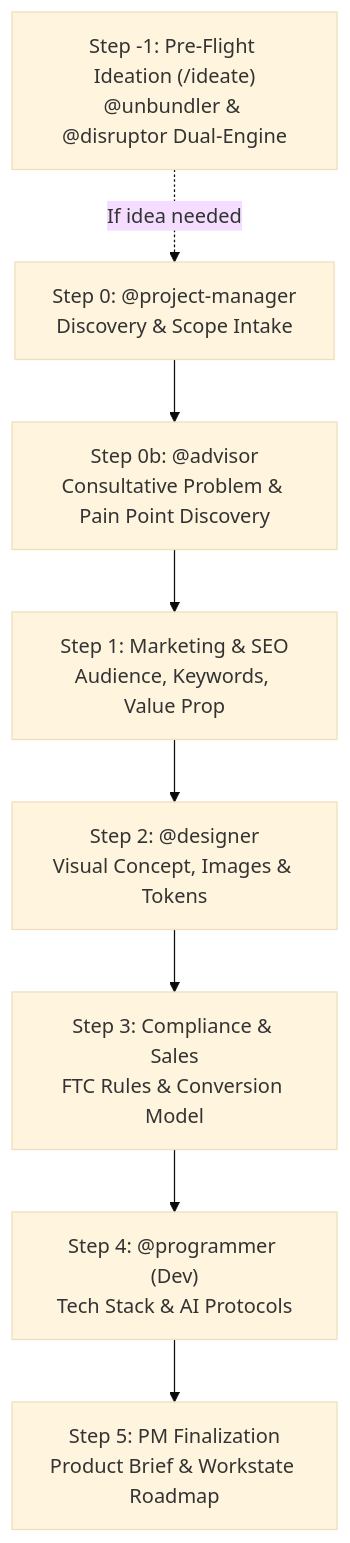
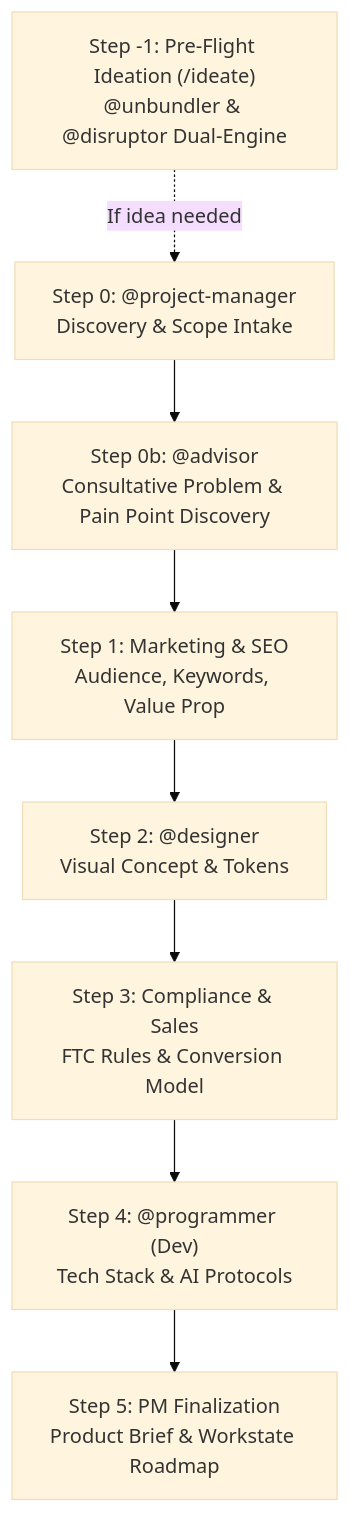
The diagram in workflows/site-setup.md (wedigcode/workforces), drawn with Mermaid (base theme) before and after one commit. The commit also changed other lines of this file and 12 other files, not shown here.

````diff
--- a/workflows/site-setup.md
+++ b/workflows/site-setup.md
@@ -15,10 +15,10 @@
 ```mermaid
 graph TD
     A0["Step -1: Pre-Flight Ideation (/ideate)<br/>@unbundler & @disruptor Dual-Engine"] -.->|If idea needed| A["Step 0: @project-manager<br/>Discovery & Scope Intake"]
     A --> A2["Step 0b: @advisor<br/>Consultative Problem & Pain Point Discovery"]
     A2 --> B["Step 1: Marketing & SEO<br/>Audience, Keywords, Value Prop"]
-    B --> C["Step 2: @designer<br/>Visual Concept, Images & Tokens"]
+    B --> C["Step 2: @designer<br/>Visual Concept & Tokens"]
     C --> D["Step 3: Compliance & Sales<br/>FTC Rules & Conversion Model"]
     D --> E["Step 4: @programmer (Dev)<br/>Tech Stack & AI Protocols"]
     E --> F["Step 5: PM Finalization<br/>Product Brief & Workstate Roadmap"]
 ```
````
